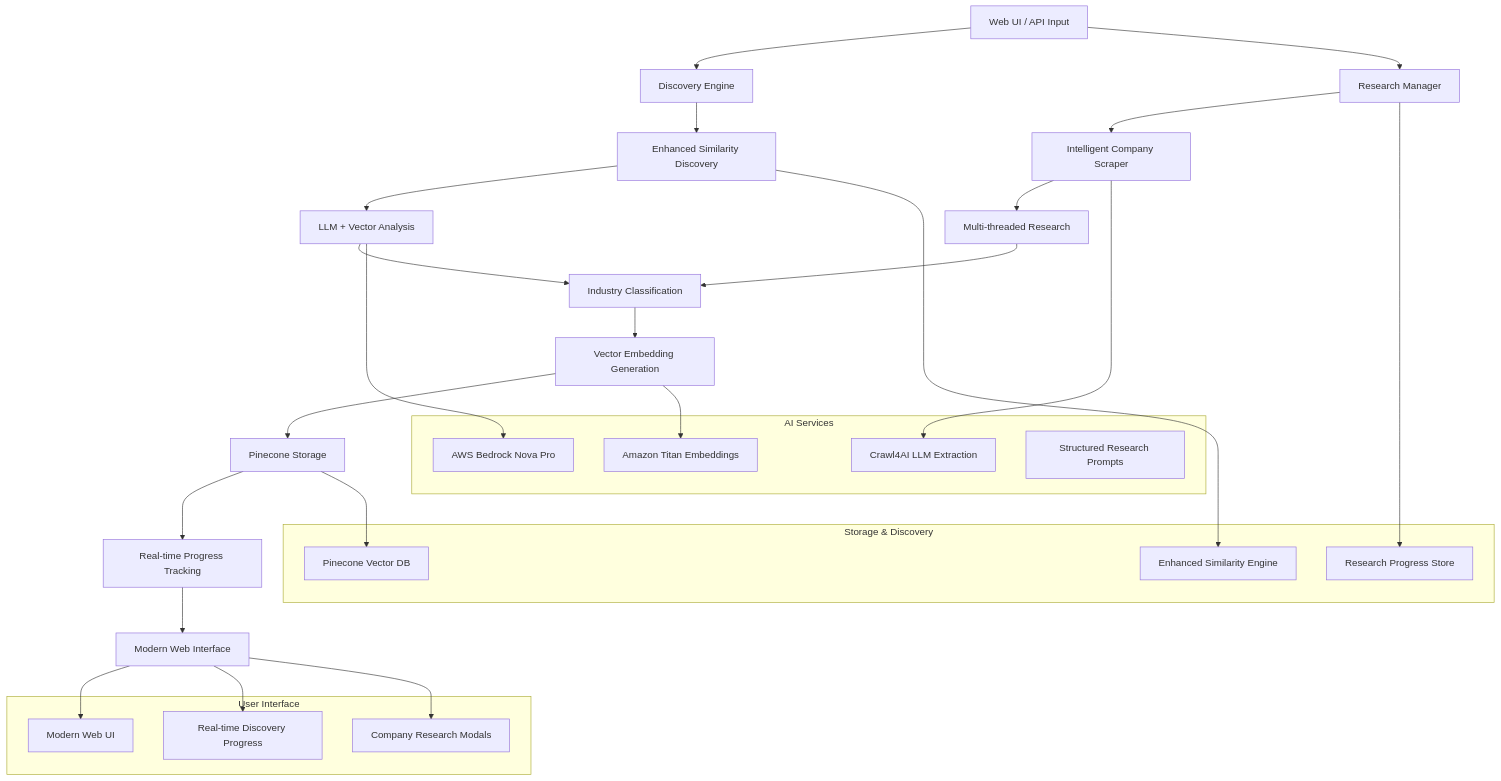
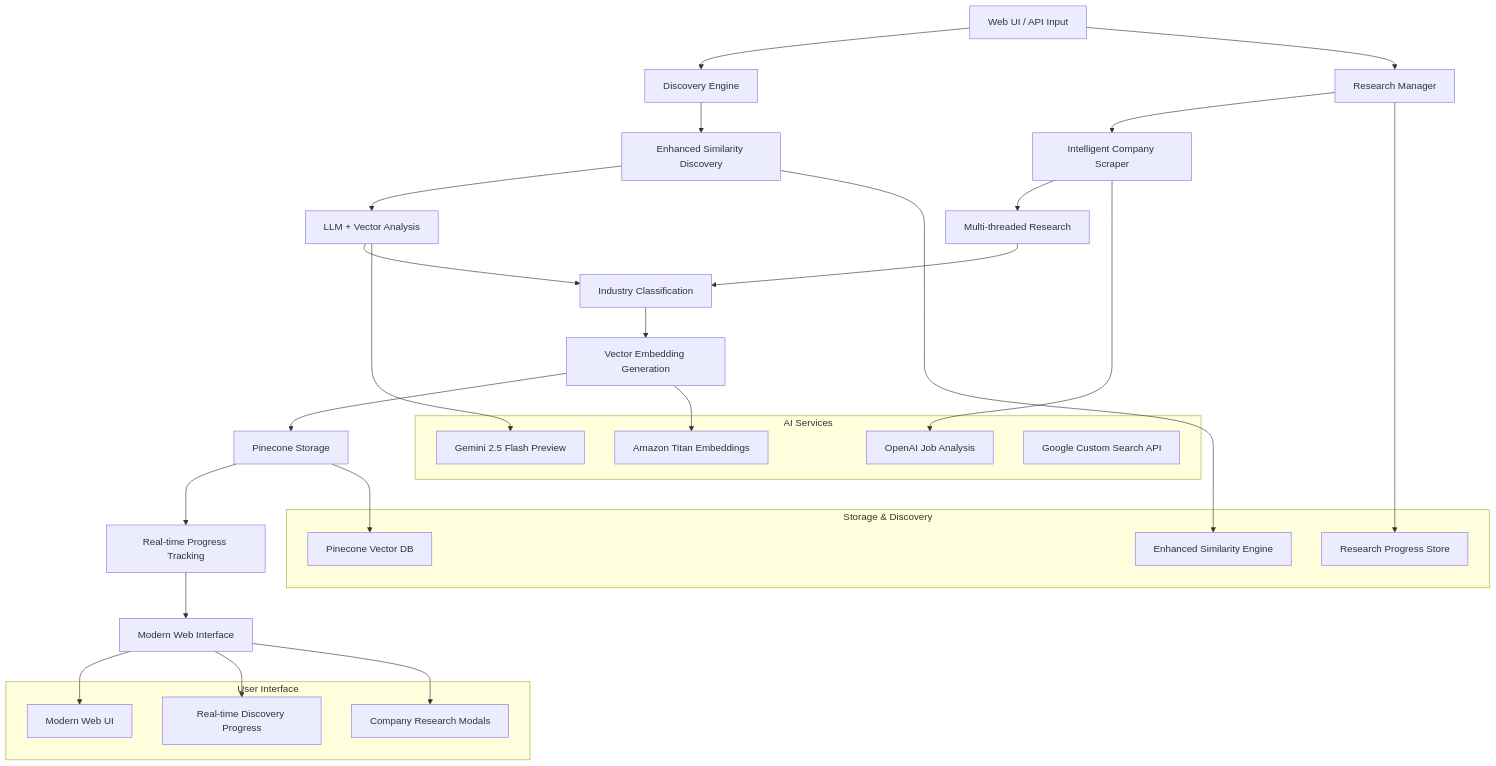
Before and after one commit to AntoineDubuc/Theodore: the diagram in docs/ARCHITECTURE.md, drawn with Mermaid. The commit also changed other lines of this file and 54 other files, not shown here.

````diff
--- a/docs/ARCHITECTURE.md
+++ b/docs/ARCHITECTURE.md
@@ -7,44 +7,44 @@
 ```mermaid
 graph TB
     A[Web UI / API Input] --> B[Discovery Engine]
     A --> C[Research Manager]
     B --> D[Enhanced Similarity Discovery]
     C --> E[Intelligent Company Scraper]
     D --> F[LLM + Vector Analysis]
     E --> G[Multi-threaded Research]
     F --> H[Industry Classification]
     G --> H
     H --> I[Vector Embedding Generation]
     I --> J[Pinecone Storage]
     J --> K[Real-time Progress Tracking]
     K --> L[Modern Web Interface]
     
     subgraph "AI Services"
-        AI1[AWS Bedrock Nova Pro]
+        AI1[Gemini 2.5 Flash Preview]
         AI2[Amazon Titan Embeddings]
-        AI3[Crawl4AI LLM Extraction]
-        AI4[Structured Research Prompts]
+        AI3[OpenAI Job Analysis]
+        AI4[Google Custom Search API]
     end
     
     subgraph "Storage & Discovery"
         S1[Pinecone Vector DB]
         S2[Enhanced Similarity Engine]
         S3[Research Progress Store]
     end
     
     subgraph "User Interface"
         UI1[Modern Web UI]
         UI2[Real-time Discovery Progress]
         UI3[Company Research Modals]
     end
     
     F --> AI1
     I --> AI2
     E --> AI3
     J --> S1
     D --> S2
     C --> S3
     L --> UI1
     L --> UI2
     L --> UI3
 ```
````
